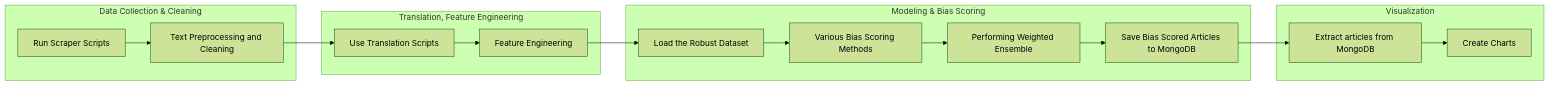
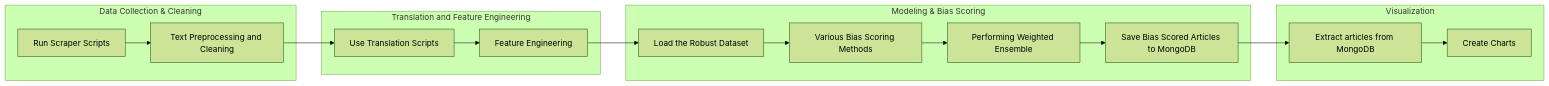
Before and after one commit to bharathkaranth/news-bias-analyzer: the second of 8 diagrams in README.md, drawn with Mermaid (forest theme).

````diff
--- a/README.md
+++ b/README.md
@@ -80,28 +80,28 @@
 ```mermaid
 flowchart LR
     subgraph S[Data Collection & Cleaning]
         S1[Run Scraper Scripts]
         --> S2[Text Preprocessing and Cleaning]
     end
 
-    subgraph T[Translation, Feature Engineering]
+    subgraph T[Translation and Feature Engineering]
         T1[Use Translation Scripts]
         --> T2[Feature Engineering]
     end
  
     subgraph M[Modeling & Bias Scoring]
         M1[Load the Robust Dataset]
         --> M2[Various Bias Scoring Methods]
         --> M3[Performing Weighted Ensemble]
         --> M4[Save Bias Scored Articles to MongoDB]
     end
  
     subgraph V[Visualization]
         V1[Extract articles from MongoDB]
         --> V2[Create Charts]
     end
  
     S2 --> T1
     T2 --> M1
     M4 --> V1
 ```
````
